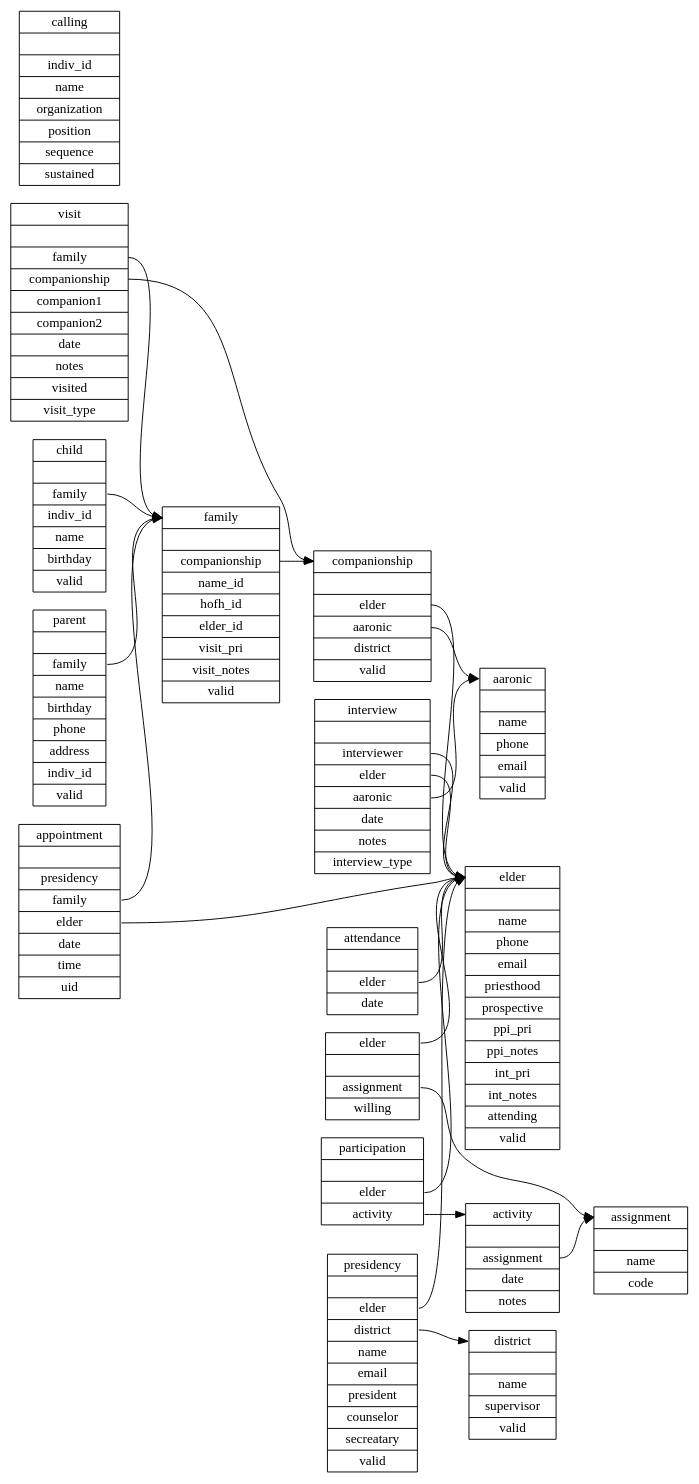
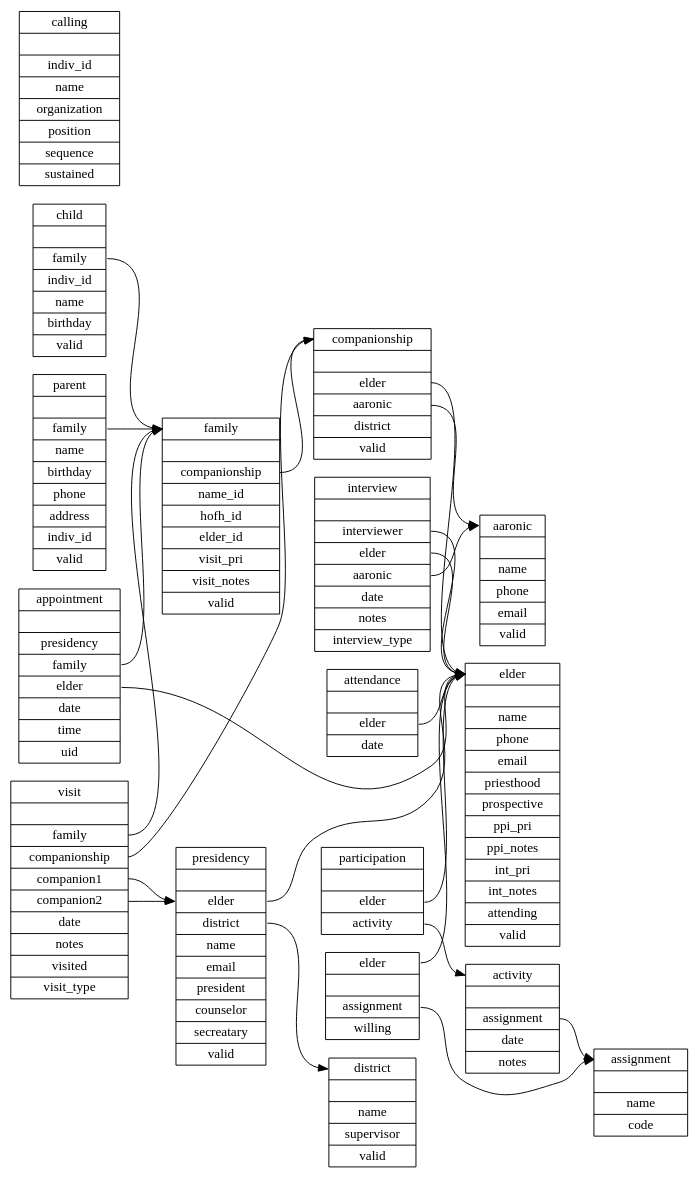
The diagram in sql/schema.dot (apippin/tc), drawn with Graphviz before and after one commit. The commit also changed 1 other file, not shown here.

Commit message:
updated visit table links for companion1 and companion2

```diff
--- a/sql/schema.dot
+++ b/sql/schema.dot
@@ -1,103 +1,105 @@
 digraph schema {
   graph [
     rankdir = "LR"
   ];
   family   [
     label = "<f> family||<c> companionship|<n> name_id|<i> hofh_id|<e> elder_id|<vp> visit_pri|<vn> visit_notes|<v> valid"
     shape = "record"
   ];
   elder   [
     label = "<e> elder||<n> name|<p> phone|<em> email|<po> priesthood|<pr> prospective|<pp> ppi_pri|<t> ppi_notes|<ip> int_pri|<in> int_notes|<a> attending|<v> valid"
     shape = "record"
   ];
   companionship   [
     label = "<c> companionship||<e> elder|<a> aaronic|<d> district|<v> valid"
     shape = "record"
   ];
   visit   [
     label = "<v> visit||<f> family|<c> companionship|<c1> companion1|<c2> companion2|<t> date|<n> notes|<v> visited|<vt> visit_type"
     shape = "record"
   ];
   interview   [
     label = "<in> interview||<i> interviewer|<e> elder|<a> aaronic|<t> date|<n> notes|<it> interview_type"
     shape = "record"
   ];
   activity   [
     label = "<a> activity||<s> assignment|<t> date|<n> notes"
     shape = "record"
   ];
   participation   [
     label = "participation||<e> elder|<a> activity"
     shape = "record"
   ];
   attendance   [
     label = "attendance||<e> elder|<d> date"
     shape = "record"
   ];
   child	[
     label = "<c> child||<f> family|<i> indiv_id|<n> name|<b> birthday|<v> valid"
     shape = "record"
   ]; 
   parent	[
     label = "<p> parent||<f> family|<n> name|<b> birthday|<p> phone|<a> address|<i>indiv_id|<v> valid"
     shape = "record"
   ]; 
   aaronic       [
     label = "<a> aaronic||<n> name|<p> phone|<em> email|<v> valid"
     shape = "record"
   ];
   appointment   [
     label = "<a> appointment||<p> presidency|<f> family|<e> elder |<d> date|<t> time|<u> uid"
     shape = "record"
   ];
   assignment    [
     label = "<a> assignment||<n> name|<c> code"
     shape = "record"
   ];
   calling       [
     label = "calling||<i> indiv_id|<n> name|<o> organization|<p> position|<s> sequence|<t> sustained"
     shape = "record"
   ];
   district      [
     label = "<d> district||<n> name|<s> supervisor|<v> valid"
     shape = "record"
   ];
   presidency    [
     label = "<p> presidency||<e> elder|<d> district|<n> name|<em> email|<pr> president|<cn> counselor|<sec> secreatary|<v> valid"
     shape = "record"
   ];
   willingness   [
     label = "<e> elder||<a> assignment|<w> willing"
     shape = "record"
   ];
 
   family:c        -> companionship:c
   companionship:e -> elder:e
   companionship:a -> aaronic:a
 
   appointment:e   -> elder:e
   appointment:f   -> family:f
 
   interview:e     -> elder:e
   interview:i     -> elder:e
   interview:a     -> aaronic:a
 
   presidency:e    -> elder:e
   presidency:d    -> district:d
 
   willingness:e   -> elder:e
   willingness:a   -> assignment:a
 
   activity:s      -> assignment:a
 
   visit:c         -> companionship:c
   visit:f         -> family:f
+  visit:c1        -> presidency:e
+  visit:c2        -> presidency:e
 
   participation:e -> elder:e
   participation:a -> activity:a
 
   attendance:e    -> elder:e
 
   child:f         -> family:f
   parent:f        -> family:f
 }
```
